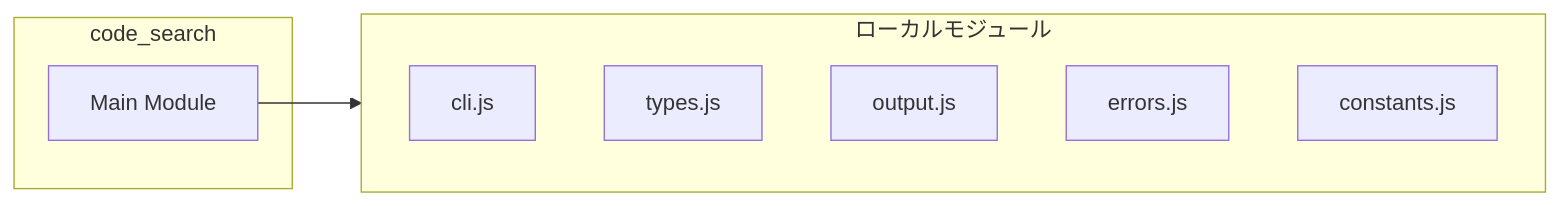
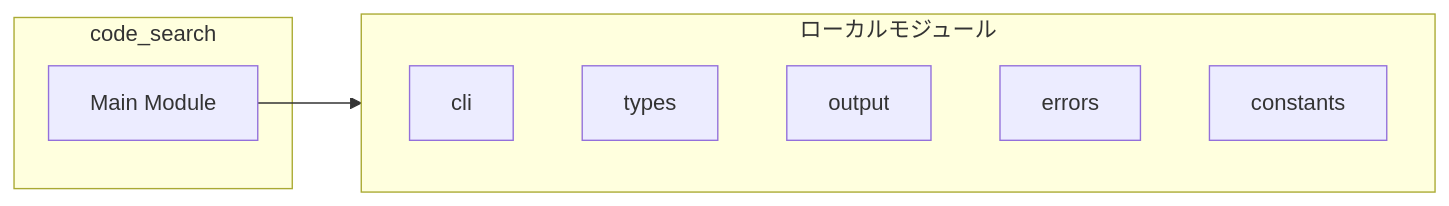
One commit to Mekann2904/mekann changed the first of 2 diagrams in ABDD/.pi/extensions/search/tools/code_search.md. Above: the diagram before and after it, drawn with Mermaid. The commit also changed other lines of this file and 174 other files, not shown here.

First line of the commit message:
fix(docs): ABDDのMermaid図生成エラーを修正する

````diff
--- a/ABDD/.pi/extensions/search/tools/code_search.md
+++ b/ABDD/.pi/extensions/search/tools/code_search.md
@@ -37,14 +37,14 @@
 ```mermaid
 flowchart LR
   subgraph this[code_search]
     main[Main Module]
   end
   subgraph local[ローカルモジュール]
-    cli_js["cli.js"]
-    types_js["types.js"]
-    output_js["output.js"]
-    errors_js["errors.js"]
-    constants_js["constants.js"]
+    cli["cli"]
+    types["types"]
+    output["output"]
+    errors["errors"]
+    constants["constants"]
   end
   main --> local
 ```
````
